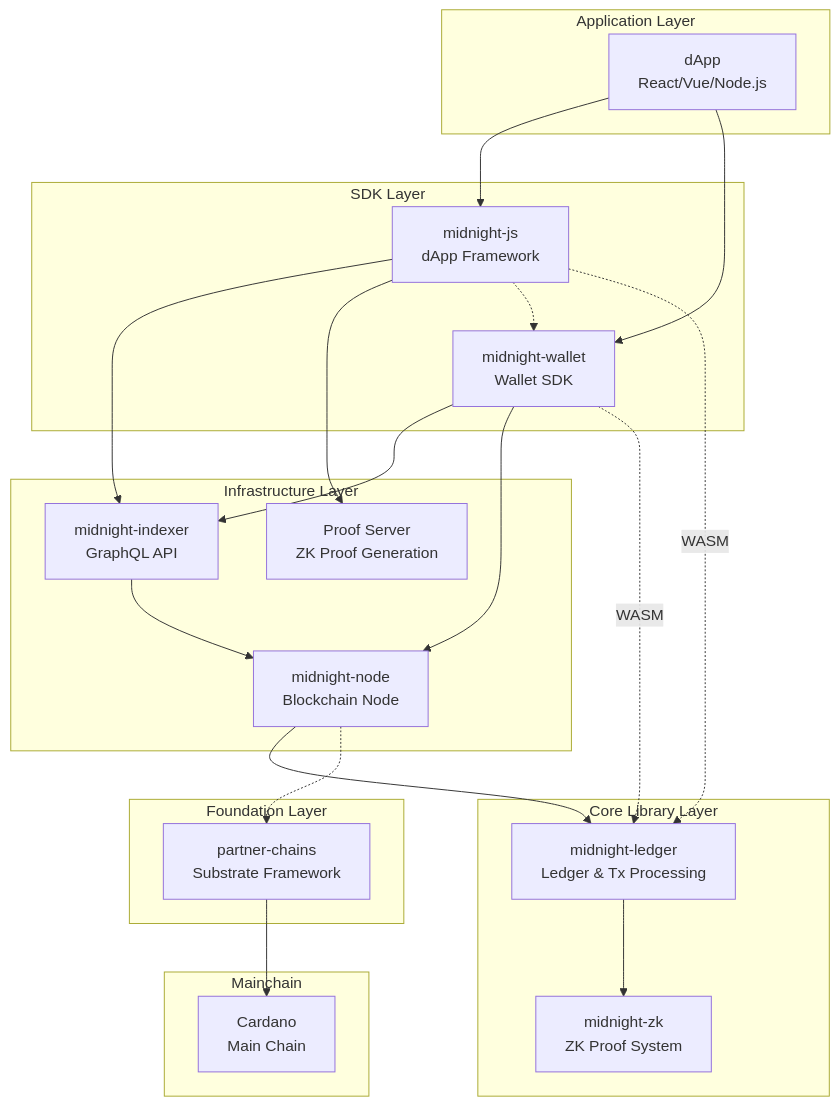
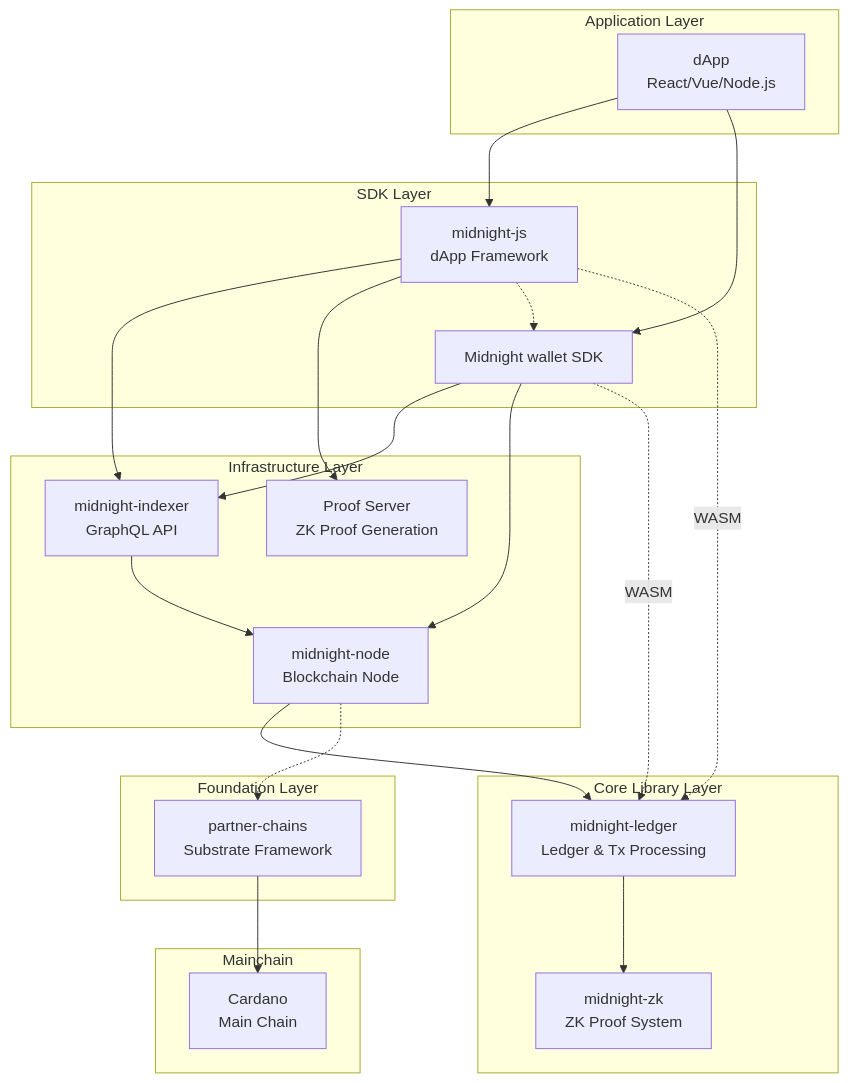
The first of 5 diagrams in docs/en/01-architecture.md (foxytanuki/midnight-sandbox), drawn with Mermaid before and after one commit. The commit also changed other lines of this file and 14 other files, not shown here.

````diff
--- a/docs/en/01-architecture.md
+++ b/docs/en/01-architecture.md
@@ -7,56 +7,56 @@
 ```mermaid
 graph TB
     subgraph "Application Layer"
         dapp[dApp<br/>React/Vue/Node.js]
     end
 
     subgraph "SDK Layer"
         js[midnight-js<br/>dApp Framework]
-        wallet[midnight-wallet<br/>Wallet SDK]
+        wallet[Midnight wallet SDK]
     end
 
     subgraph "Infrastructure Layer"
         indexer[midnight-indexer<br/>GraphQL API]
         node[midnight-node<br/>Blockchain Node]
         prover[Proof Server<br/>ZK Proof Generation]
     end
 
     subgraph "Core Library Layer"
         ledger[midnight-ledger<br/>Ledger & Tx Processing]
         zk[midnight-zk<br/>ZK Proof System]
     end
 
     subgraph "Foundation Layer"
         partner[partner-chains<br/>Substrate Framework]
     end
 
     subgraph "Mainchain"
         cardano[Cardano<br/>Main Chain]
     end
 
     %% Application → SDK
     dapp --> js
     dapp --> wallet
 
     %% SDK → Infrastructure
     js --> indexer
     js --> prover
     js -.-> wallet
     wallet --> indexer
     wallet --> node
 
     %% Infrastructure dependencies
     indexer --> node
     node --> ledger
     node -.-> partner
 
     %% Core dependencies
     ledger --> zk
 
     %% SDK → Core (WASM bindings)
     js -.->|WASM| ledger
     wallet -.->|WASM| ledger
 
     %% Partner Chain → Cardano
     partner --> cardano
 ```
````
